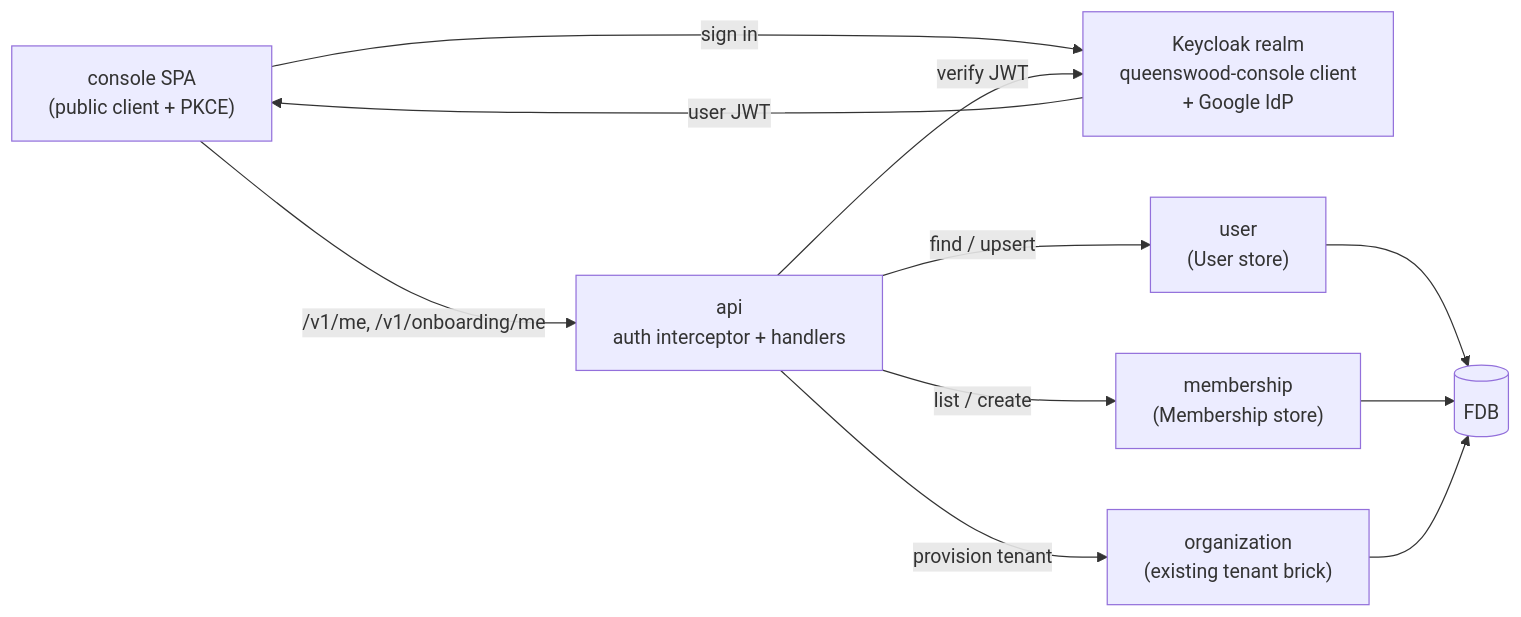
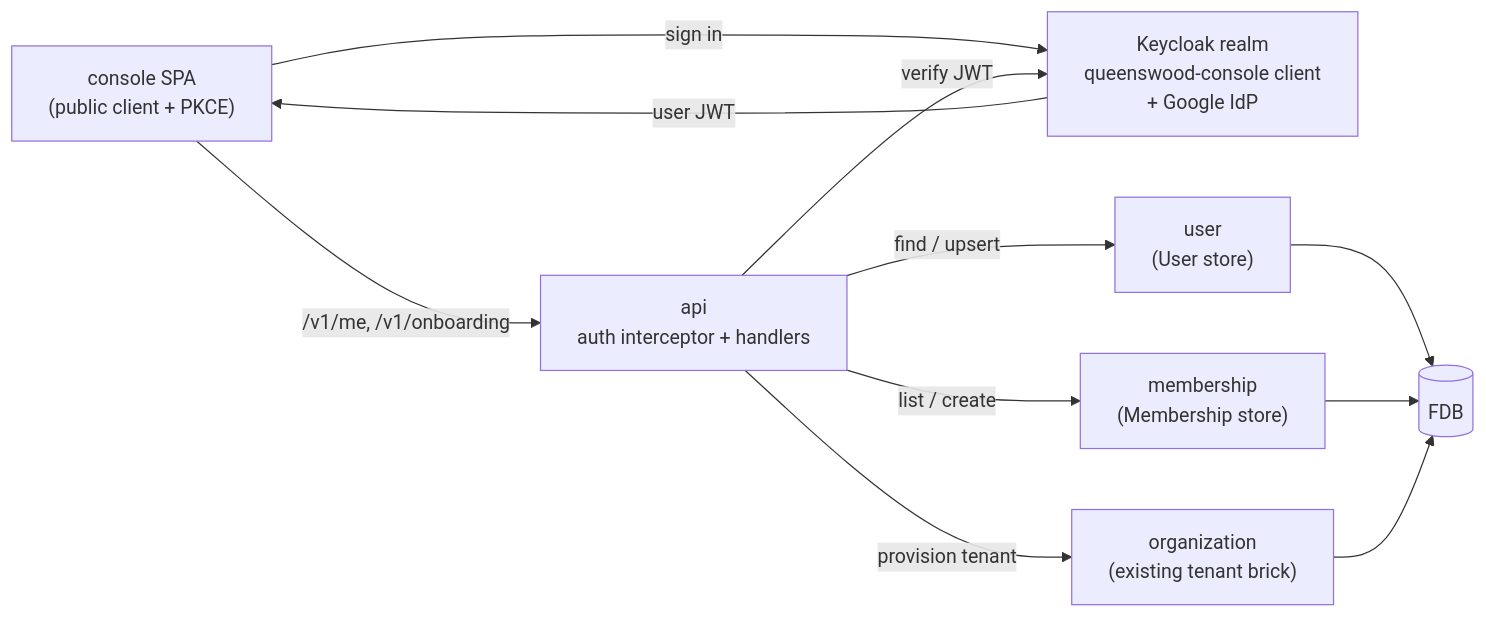
One commit to repldriven/queenswood changed the diagram in docs/tdd/onboarding.md. Above: the diagram before and after it, drawn with Mermaid. The commit also changed other lines of this file and 61 other files, not shown here.

````diff
--- a/docs/tdd/onboarding.md
+++ b/docs/tdd/onboarding.md
@@ -69,21 +69,21 @@
 ```mermaid
 graph LR
     SPA["console SPA<br/>(public client + PKCE)"]
     KC["Keycloak realm<br/>queenswood-console client<br/>+ Google IdP"]
     API["api<br/>auth interceptor + handlers"]
     BU["user<br/>(User store)"]
     BM["membership<br/>(Membership store)"]
     BO["organization<br/>(existing tenant brick)"]
     FDB[("FDB")]
 
     SPA -->|sign in| KC
     KC -->|user JWT| SPA
-    SPA -->|/v1/me, /v1/onboarding/me| API
+    SPA -->|/v1/me, /v1/onboarding| API
     API -->|verify JWT| KC
     API -->|find / upsert| BU
     API -->|list / create| BM
     API -->|provision tenant| BO
     BU --> FDB
     BM --> FDB
     BO --> FDB
 ```
````
